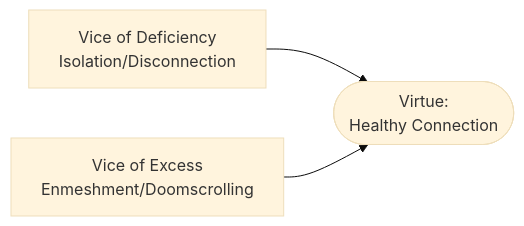
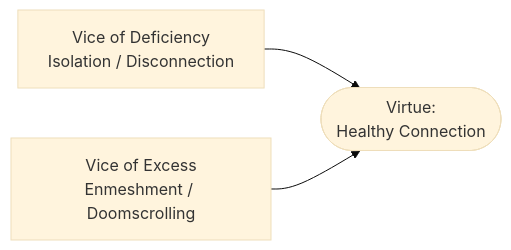
One commit to brendanpshea/ai_ethics_book changed the diagram in chapters/02-technology-and-the-virtues.md. Above: the diagram before and after it, drawn with Mermaid (base theme). The commit also changed other lines of this file and 42 other files, not shown here.

```diff
--- a/chapters/02-technology-and-the-virtues.md
+++ b/chapters/02-technology-and-the-virtues.md
@@ -68,5 +70,5 @@
   <pre class="mermaid">
 flowchart LR
-    A[Vice of Deficiency\nIsolation/Disconnection] --> B([Virtue:\nHealthy Connection])
-    C[Vice of Excess\nEnmeshment/Doomscrolling] --> B
+    A["Vice of Deficiency<br/>Isolation / Disconnection"] --> B(["Virtue:<br/>Healthy Connection"])
+    C["Vice of Excess<br/>Enmeshment / Doomscrolling"] --> B
   </pre>
```
